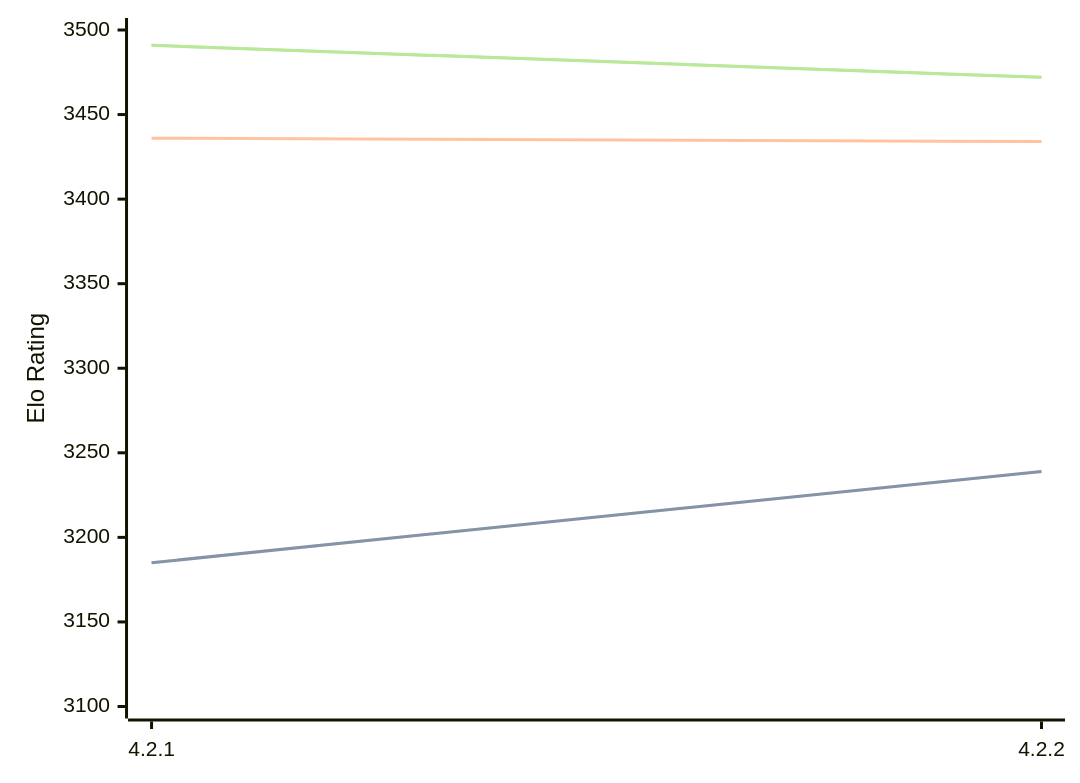
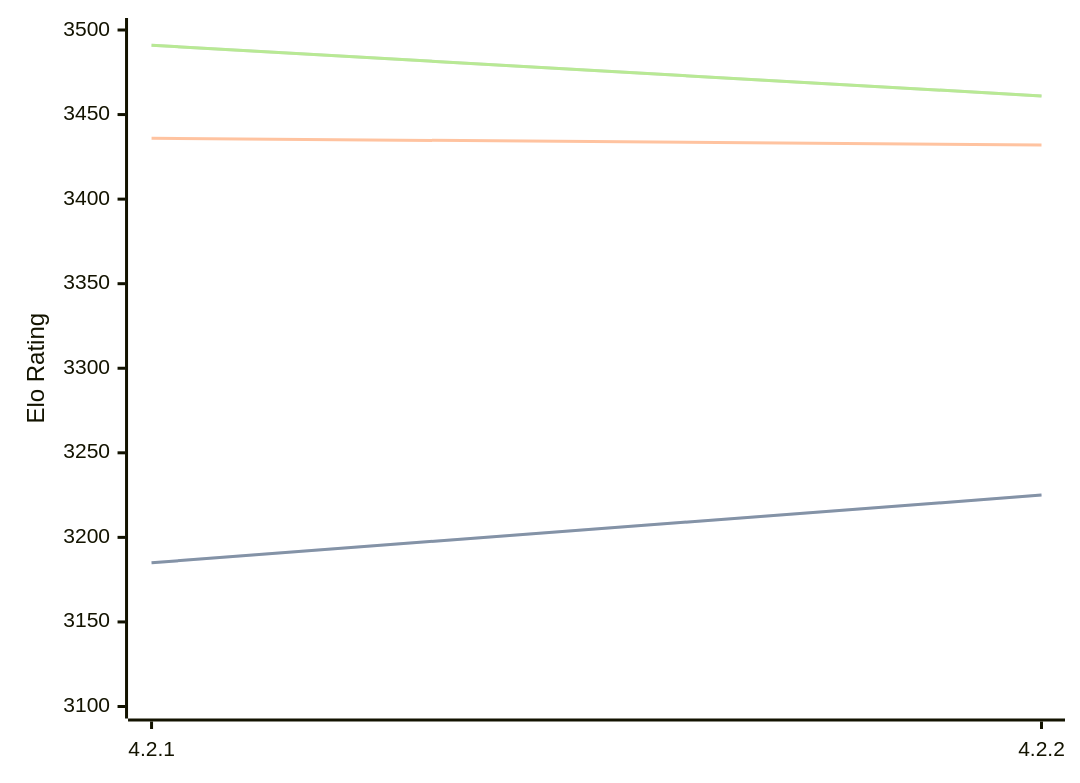
Before and after one commit to computer-chess-index/cci: the diagram in engines/Gaia.md, drawn with Mermaid. The commit also changed other lines of this file, not shown here.

Commit message:
Update CCI Ratings (ELO VLTC) - 2026-08-16

````diff
--- a/engines/Gaia.md
+++ b/engines/Gaia.md
@@ -41,11 +36,11 @@
 ```mermaid
 %%{init: {"theme":"base","themeVariables":{"seriesColors:['#a3a3a3','#222221','#faa371']}}}%%
 xychart-beta
   x-axis ["4.2.1", "4.2.2"]
   y-axis "Elo Rating" 3100 --> 3500
-  line "STC (8.0+0.08s)" [3185, 3239]
-  line "STC (8.0+0.08s)" [3185, 3239]
-  line "LTC (60.0+0.60s)" [3436, 3434]
-  line "VLTC (2m24s+1.12s)" [3491, 3472]
-  line "VLTC (2m24s+1.12s)" [3491, 3472]
+  line "STC (8.0+0.08s)" [3185, 3225]
+  line "STC (8.0+0.08s)" [3185, 3225]
+  line "LTC (60.0+0.60s)" [3436, 3432]
+  line "VLTC (2m24s+1.12s)" [3491, 3461]
+  line "VLTC (2m24s+1.12s)" [3491, 3461]
 ```
````
